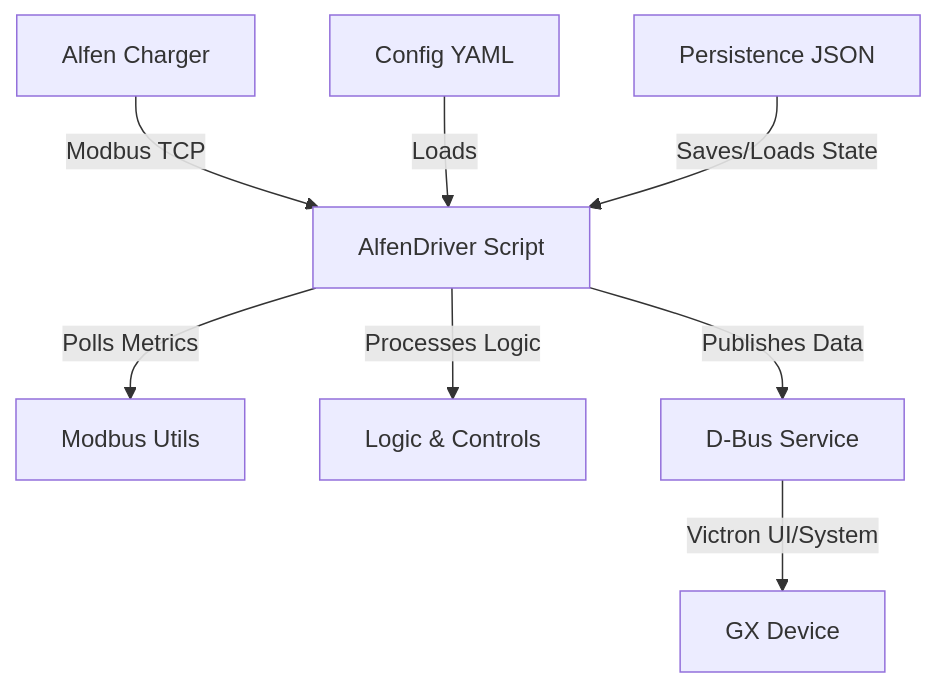
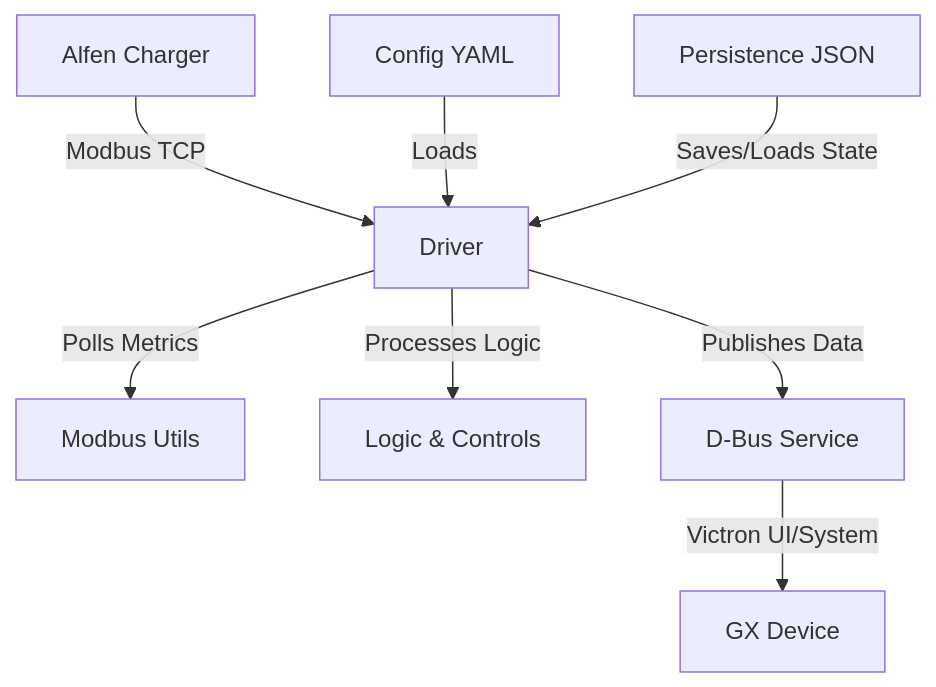
The diagram in README.md (rhernaus/victron-alfen-charger), drawn with Mermaid before and after one commit. The commit also changed other lines of this file, not shown here.

````diff
--- a/README.md
+++ b/README.md
@@ -145,10 +138,10 @@
 ```mermaid
 graph TD
-    A[Alfen Charger] -- Modbus TCP --> B[AlfenDriver Script]
+    A[Alfen Charger] -- Modbus TCP --> B[Driver]
     B -- Polls Metrics --> C[Modbus Utils]
     B -- Processes Logic --> D[Logic & Controls]
     B -- Publishes Data --> E[D-Bus Service]
     E -- Victron UI/System --> F[GX Device]
     G[Config YAML] -- Loads --> B
     H[Persistence JSON] -- Saves/Loads State --> B
 ```
````
